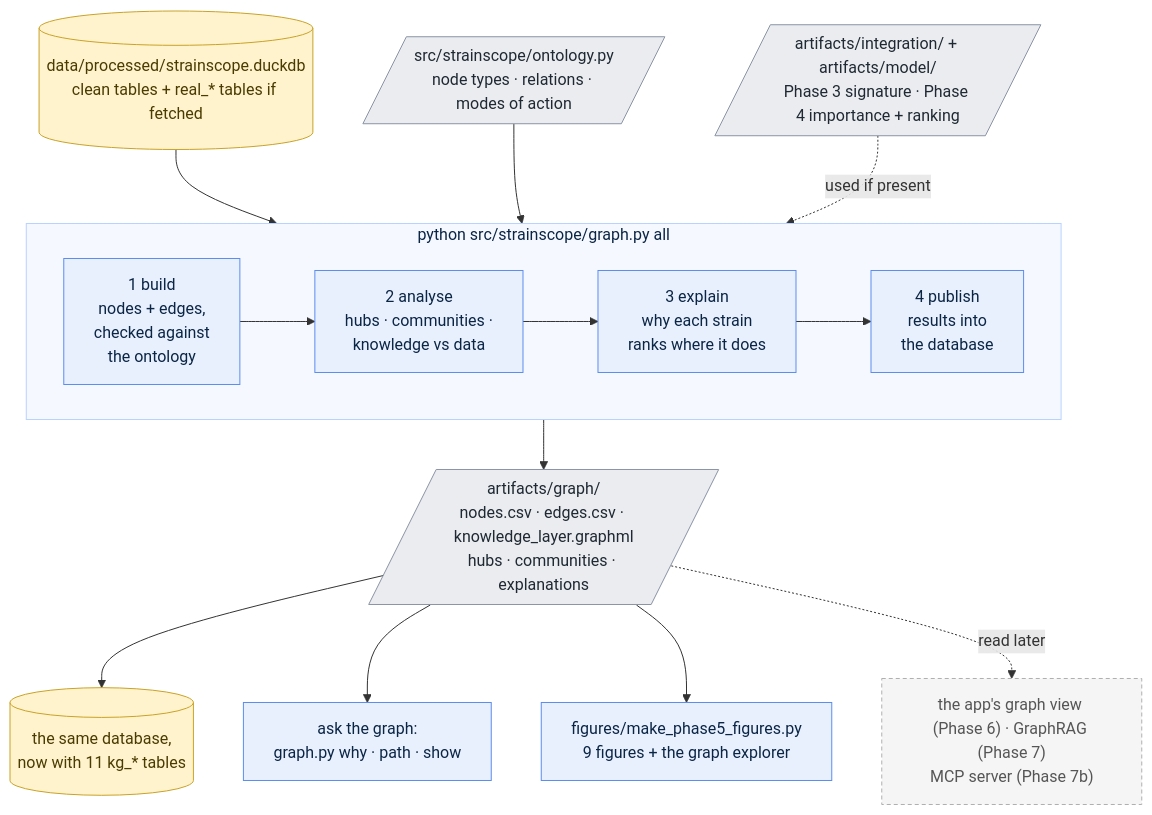
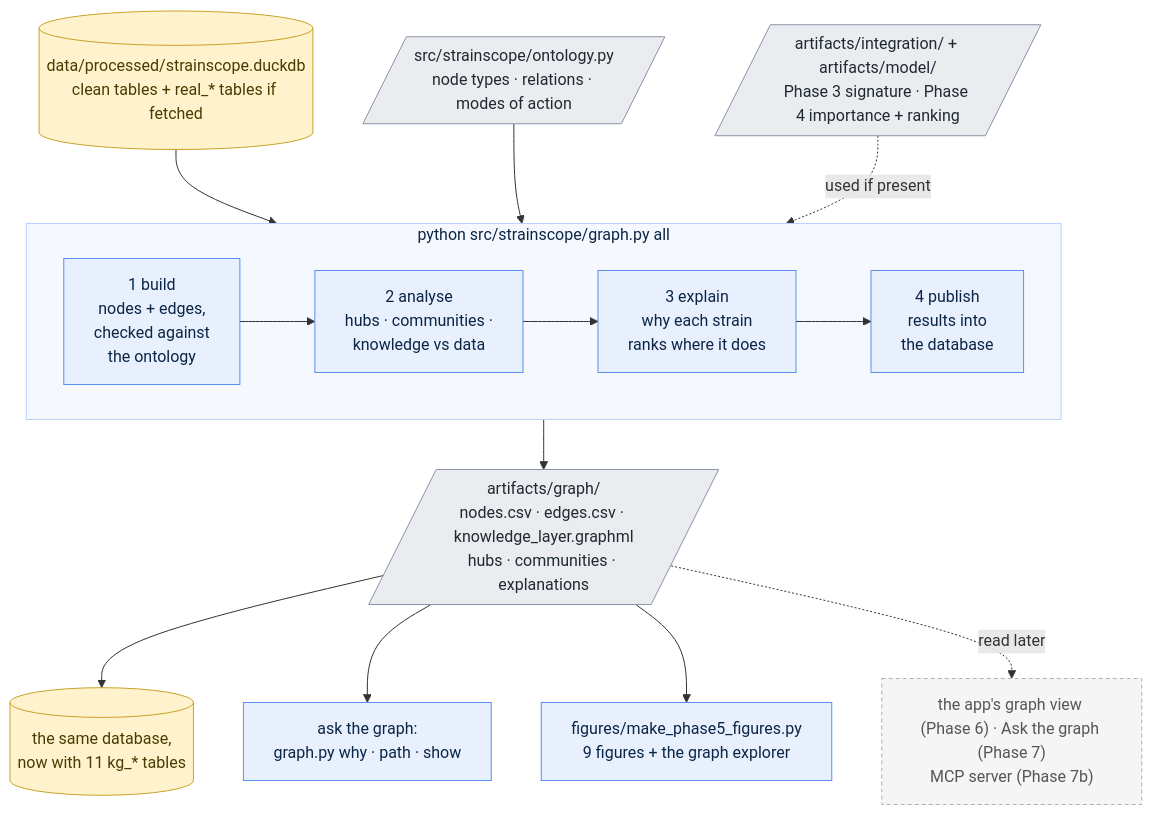
The diagram in docs/06-knowledge-graph.md (akannan2987/strainscope), drawn with Mermaid before and after one commit. The commit also changed other lines of this file and 84 other files, not shown here.

Commit message:
feat: add the online copy, plain-language explanations, Ask the data and Ask the graph

````diff
--- a/docs/06-knowledge-graph.md
+++ b/docs/06-knowledge-graph.md
@@ -73,34 +73,34 @@
 ```mermaid
 flowchart TB
     DB[("data/processed/strainscope.duckdb<br/>clean tables + real_* tables if fetched")]
     ONT[/"src/strainscope/ontology.py<br/>node types · relations · modes of action"/]
     RES[/"artifacts/integration/ + artifacts/model/<br/>Phase 3 signature · Phase 4 importance + ranking"/]
     subgraph G["python src/strainscope/graph.py all"]
         direction LR
         B["1 build<br/>nodes + edges,<br/>checked against<br/>the ontology"] --> AN["2 analyse<br/>hubs · communities ·<br/>knowledge vs data"] --> EX["3 explain<br/>why each strain<br/>ranks where it does"] --> P["4 publish<br/>results into<br/>the database"]
     end
     A[/"artifacts/graph/<br/>nodes.csv · edges.csv · knowledge_layer.graphml<br/>hubs · communities · explanations"/]
     DB2[("the same database,<br/>now with 11 kg_* tables")]
     Q["ask the graph:<br/>graph.py why · path · show"]
     FIG["figures/make_phase5_figures.py<br/>9 figures + the graph explorer"]
-    APP["the app's graph view (Phase 6) · GraphRAG (Phase 7)<br/>MCP server (Phase 7b)"]
+    APP["the app's graph view (Phase 6) · Ask the graph (Phase 7)<br/>MCP server (Phase 7b)"]
 
     DB --> G
     ONT --> G
     RES -.->|"used if present"| G
     G --> A
     A --> DB2
     A --> Q
     A --> FIG
     A -.->|"read later"| APP
 
     classDef laptop fill:#E8F0FE,stroke:#5B8DEF,color:#0B2545;
     classDef store fill:#FFF3CD,stroke:#C9A227,color:#4A3B00;
     classDef artifact fill:#EAECEF,stroke:#8A94A6,color:#1F2933;
     classDef roadmap fill:#F5F5F5,stroke:#B0B0B0,color:#555555,stroke-dasharray:4 3;
     class B,AN,EX,P,FIG,Q laptop
     class DB,DB2 store
     class A,ONT,RES artifact
     class APP roadmap
     style G fill:#F5F9FF,stroke:#B9D2FF,color:#0B2545
 ```
````
